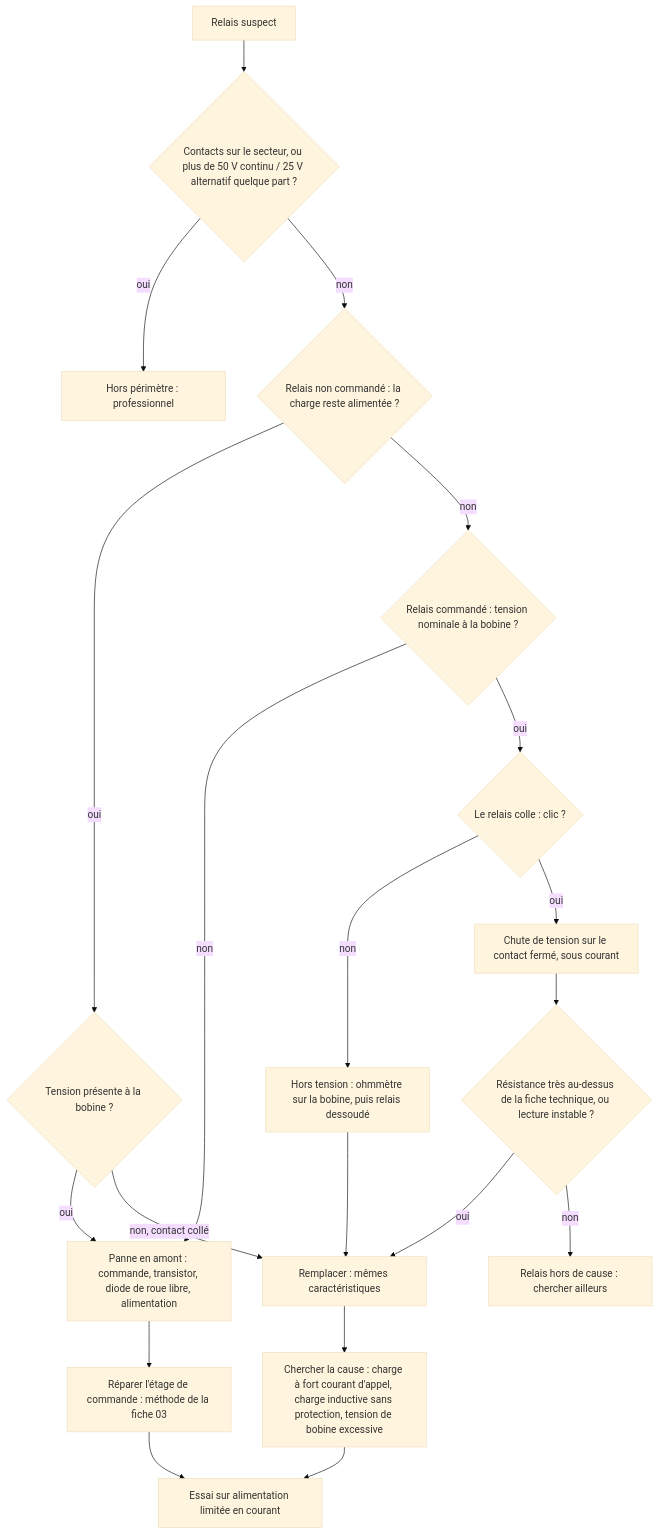
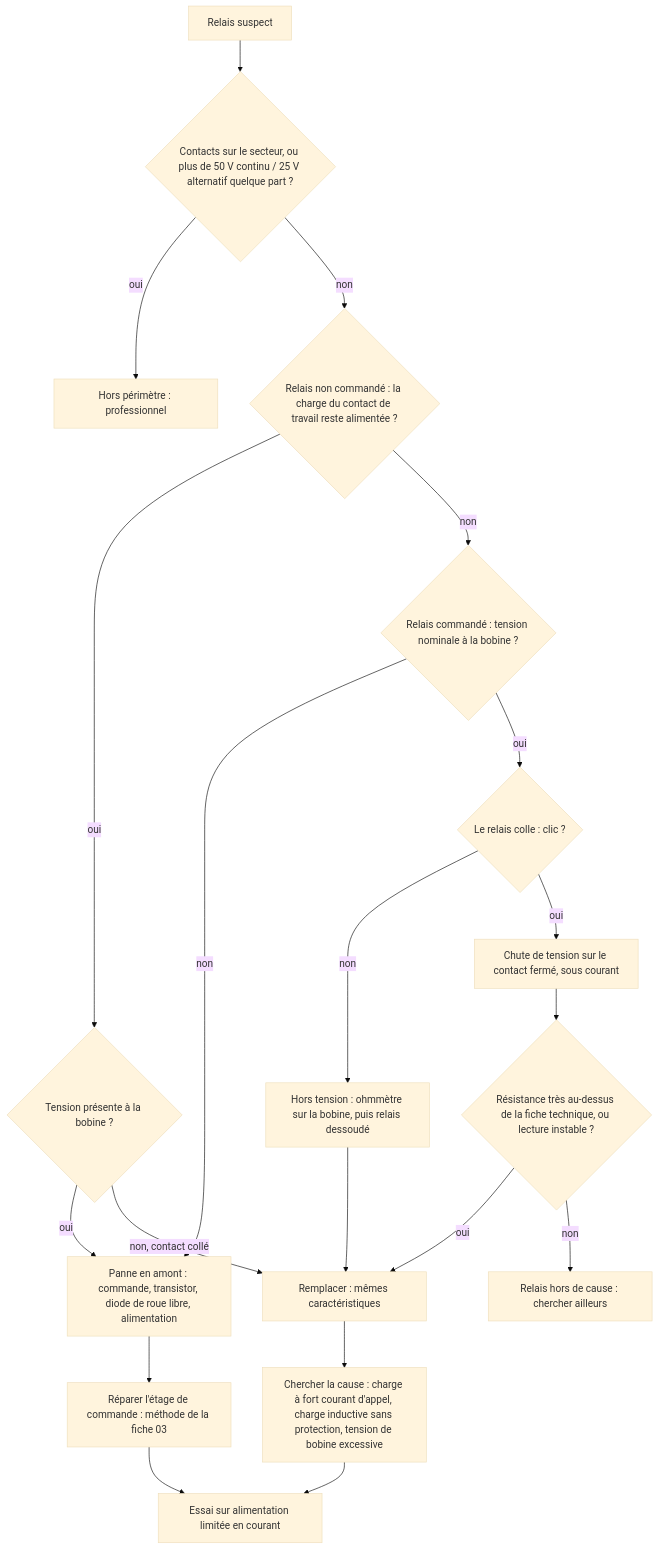
One commit to benoit-bremaud/ohm-sweet-ohm changed the diagram in troubleshooting/33_relais/README.md. Above: the diagram before and after it, drawn with Mermaid (base theme). The commit also changed other lines of this file and 4 other files, not shown here.

````diff
--- a/troubleshooting/33_relais/README.md
+++ b/troubleshooting/33_relais/README.md
@@ -154,22 +152,22 @@
 ```mermaid
 flowchart TD
   A[Relais suspect] --> B{Contacts sur le secteur, ou plus de 50 V continu / 25 V alternatif quelque part ?}
   B -- oui --> C[Hors périmètre : professionnel]
-  B -- non --> S{Relais non commandé : la charge reste alimentée ?}
+  B -- non --> S{Relais non commandé : la charge du contact de travail reste alimentée ?}
   S -- oui --> T{Tension présente à la bobine ?}
   T -- oui --> E[Panne en amont : commande, transistor, diode de roue libre, alimentation]
   T -- non, contact collé --> R
   S -- non --> D{Relais commandé : tension nominale à la bobine ?}
   D -- non --> E
   D -- oui --> F{Le relais colle : clic ?}
   F -- non --> G[Hors tension : ohmmètre sur la bobine, puis relais dessoudé]
   G --> R[Remplacer : mêmes caractéristiques]
   F -- oui --> J[Chute de tension sur le contact fermé, sous courant]
   J --> K{Résistance très au-dessus de la fiche technique, ou lecture instable ?}
   K -- oui --> R
   K -- non --> I[Relais hors de cause : chercher ailleurs]
   R --> P[Chercher la cause : charge à fort courant d'appel, charge inductive sans protection, tension de bobine excessive]
   P --> Q[Essai sur alimentation limitée en courant]
   E --> U[Réparer l'étage de commande : méthode de la fiche 03]
   U --> Q
 ```
````
